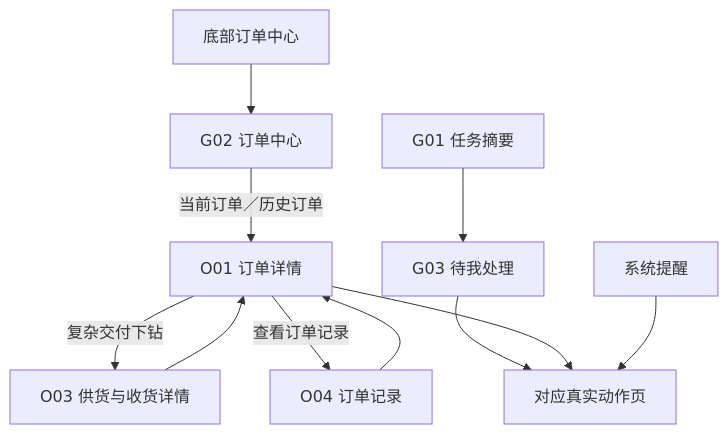
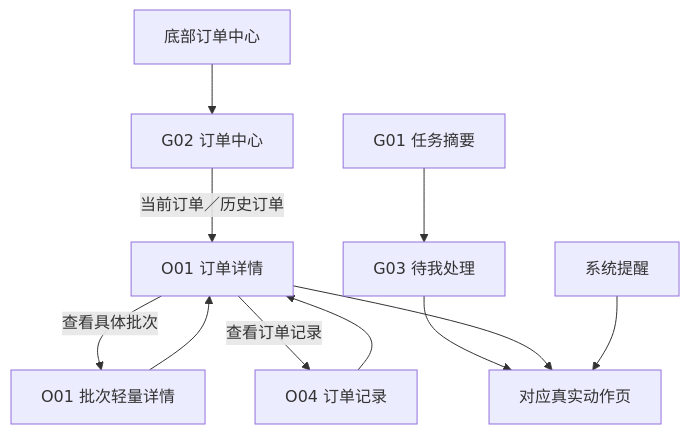
Before and after one commit to Jimokov/orthoflow-erp: diagram 11 of 19 in modules/APP-手术通知/03-设计池/02-手术通知APP页面流程-v0.5.md, drawn with Mermaid. The commit also changed other lines of this file and 23 other files, not shown here.

````diff
--- a/modules/APP-手术通知/03-设计池/02-手术通知APP页面流程-v0.5.md
+++ b/modules/APP-手术通知/03-设计池/02-手术通知APP页面流程-v0.5.md
@@ -345,14 +345,14 @@
 ```mermaid
 flowchart TD
     NAV["底部订单中心"] --> G02["G02 订单中心"]
     G02 -->|当前订单／历史订单| O01["O01 订单详情"]
-    O01 -->|复杂交付下钻| O03["O03 供货与收货详情"]
+    O01 -->|查看具体批次| BATCH["O01 批次轻量详情"]
     O01 -->|查看订单记录| O04["O04 订单记录"]
-    O03 --> O01
+    BATCH --> O01
     O04 --> O01
 
     G01["G01 任务摘要"] --> G03["G03 待我处理"]
     G03 --> ACTION["对应真实动作页"]
     O01 --> ACTION
     PUSH["系统提醒"] --> ACTION
 ```
````
